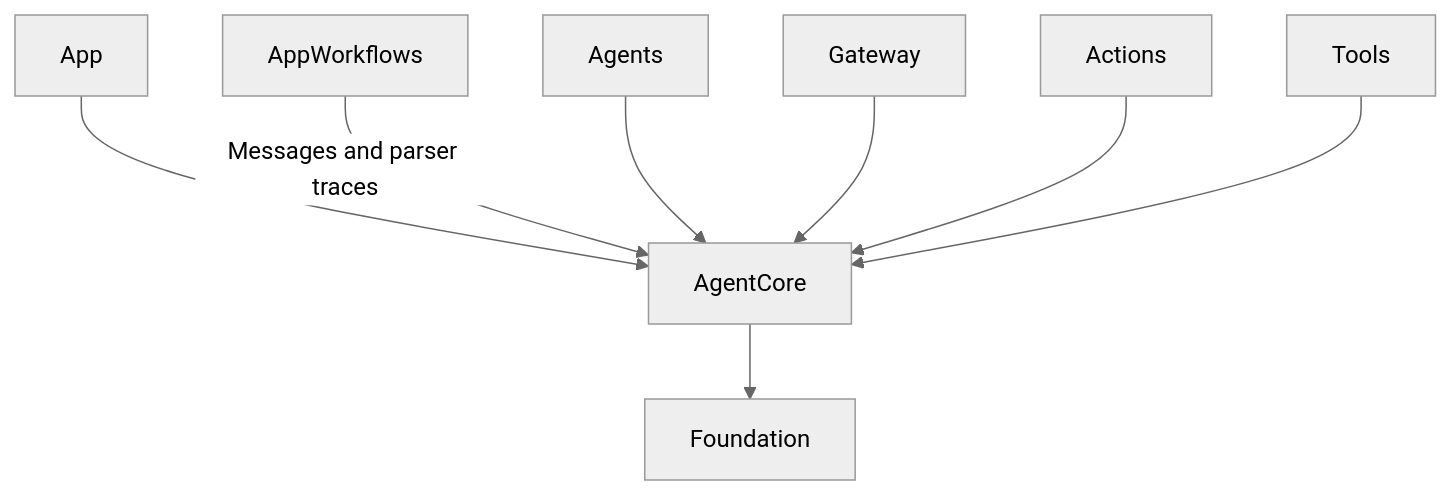
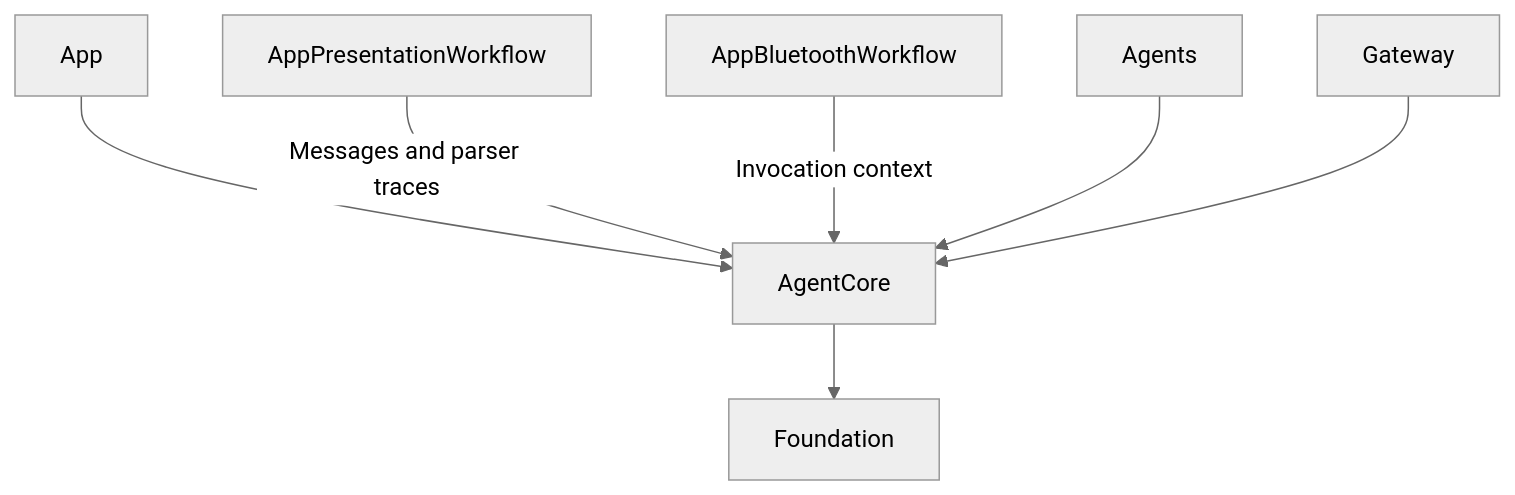
The first of 2 diagrams in MobileHarness/Agents/Core/README.md (devilyouwei/MobileHarness), drawn with Mermaid (neutral theme) before and after one commit. The commit also changed other lines of this file and 5 other files, not shown here.

````diff
--- a/MobileHarness/Agents/Core/README.md
+++ b/MobileHarness/Agents/Core/README.md
@@ -25,10 +25,9 @@
 ```mermaid
 flowchart TD
     App --> AgentCore
-    AppWorkflows -->|Messages and parser traces| AgentCore
+    AppPresentationWorkflow -->|Messages and parser traces| AgentCore
+    AppBluetoothWorkflow -->|Invocation context| AgentCore
     Agents --> AgentCore
     Gateway --> AgentCore
-    Actions --> AgentCore
-    Tools --> AgentCore
     AgentCore --> Foundation
 ```
````
